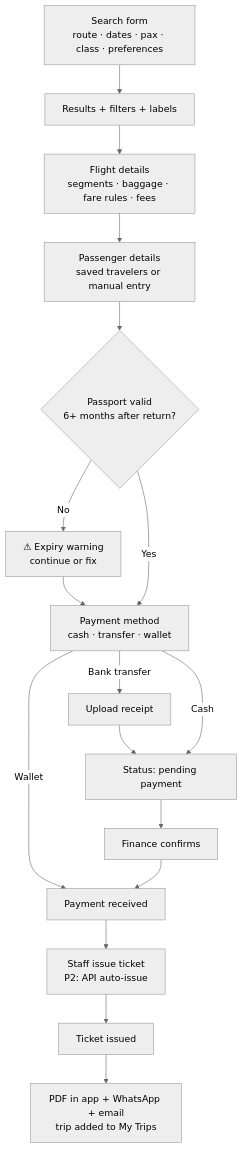
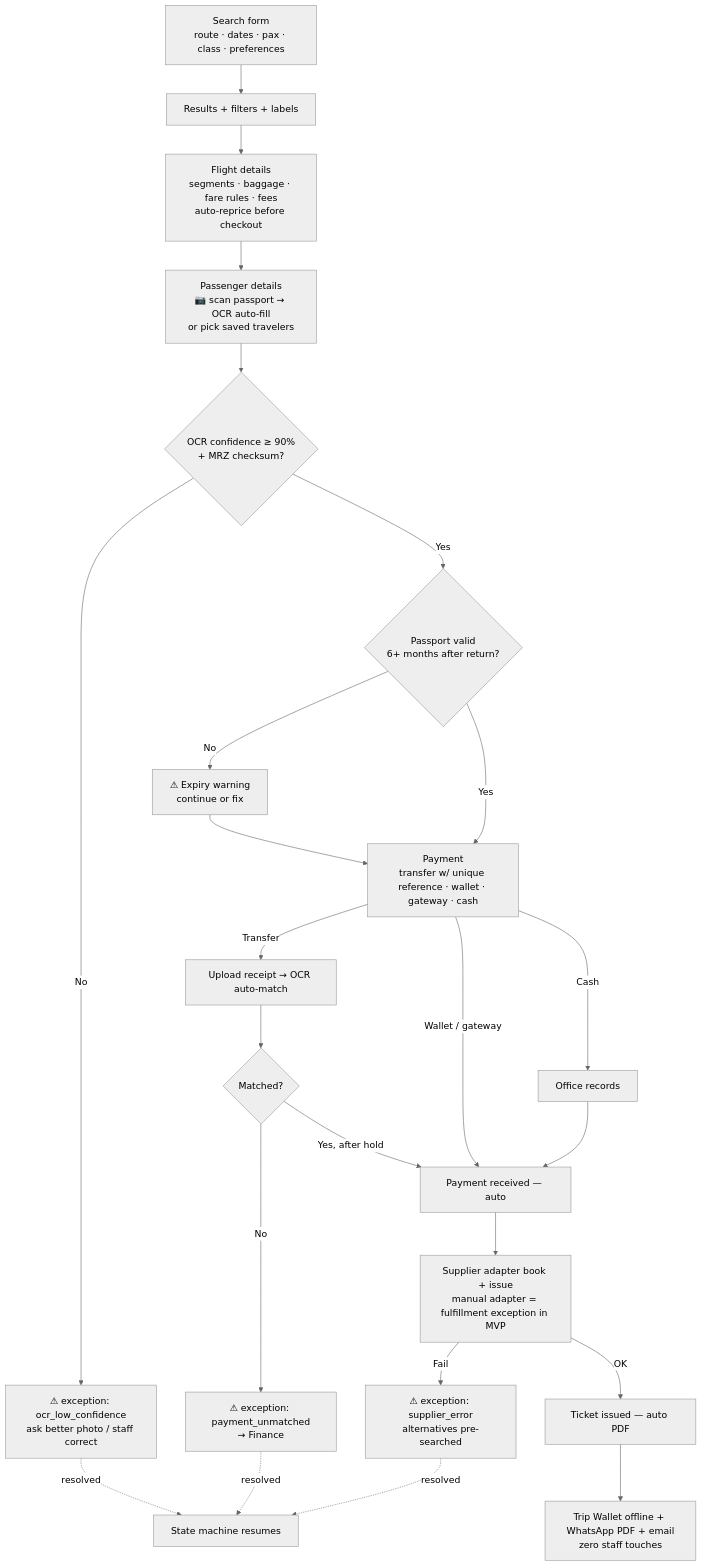
Before and after one commit to basherof/oil11111: the second of 8 diagrams in design/user-flows.md, drawn with Mermaid (neutral theme). The commit also changed other lines of this file and 13 other files, not shown here.

````diff
--- a/design/user-flows.md
+++ b/design/user-flows.md
@@ -39,15 +39,21 @@
 ```mermaid
 flowchart TD
     S[Search form<br/>route · dates · pax · class · preferences] --> R[Results + filters + labels]
-    R --> D[Flight details<br/>segments · baggage · fare rules · fees]
-    D --> PAX[Passenger details<br/>saved travelers or manual entry]
-    PAX --> CHK{Passport valid<br/>6+ months after return?}
+    R --> D[Flight details<br/>segments · baggage · fare rules · fees<br/>auto-reprice before checkout]
+    D --> PAX[Passenger details<br/>📷 scan passport → OCR auto-fill<br/>or pick saved travelers]
+    PAX --> OCRC{OCR confidence ≥ 90%<br/>+ MRZ checksum?}
+    OCRC -->|No| EXC1[⚠ exception: ocr_low_confidence<br/>ask better photo / staff correct]
+    OCRC -->|Yes| CHK{Passport valid<br/>6+ months after return?}
     CHK -->|No| WARN[⚠ Expiry warning<br/>continue or fix] --> PAY
-    CHK -->|Yes| PAY[Payment method<br/>cash · transfer · wallet]
-    PAY -->|Bank transfer| RCPT[Upload receipt] --> PEND[Status: pending payment]
-    PAY -->|Cash| PEND
-    PAY -->|Wallet| CONF
-    PEND --> FIN[Finance confirms] --> CONF[Payment received]
-    CONF --> STAFF[Staff issue ticket<br/>P2: API auto-issue] --> TKT[Ticket issued]
-    TKT --> OUT[PDF in app + WhatsApp + email<br/>trip added to My Trips]
+    CHK -->|Yes| PAY[Payment<br/>transfer w/ unique reference · wallet · gateway · cash]
+    PAY -->|Transfer| RCPT[Upload receipt → OCR auto-match] --> HOLD{Matched?}
+    HOLD -->|Yes, after hold| CONF[Payment received — auto]
+    HOLD -->|No| EXC2[⚠ exception: payment_unmatched<br/>→ Finance]
+    PAY -->|Wallet / gateway| CONF
+    PAY -->|Cash| OFFICE[Office records] --> CONF
+    CONF --> SUP[Supplier adapter book + issue<br/>manual adapter = fulfillment exception in MVP]
+    SUP -->|OK| TKT[Ticket issued — auto PDF]
+    SUP -->|Fail| EXC3[⚠ exception: supplier_error<br/>alternatives pre-searched]
+    TKT --> OUT[Trip Wallet offline + WhatsApp PDF + email<br/>zero staff touches]
+    EXC1 & EXC2 & EXC3 -.resolved.-> RESUME[State machine resumes]
 ```
````
